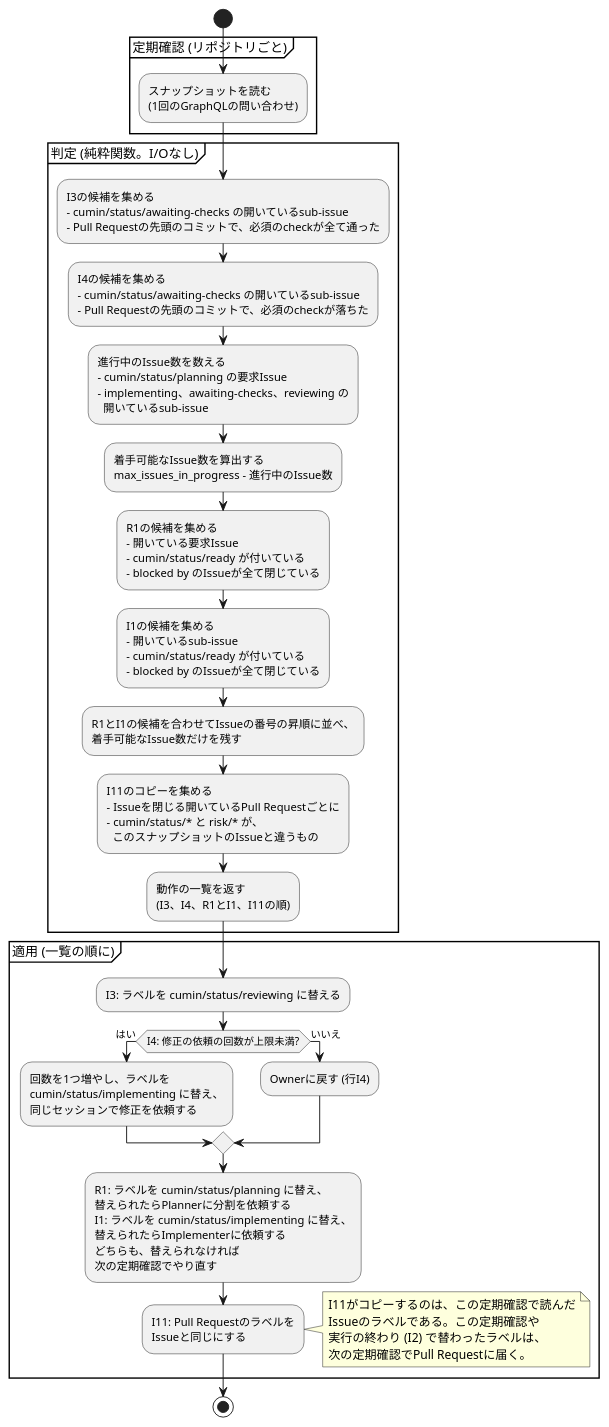
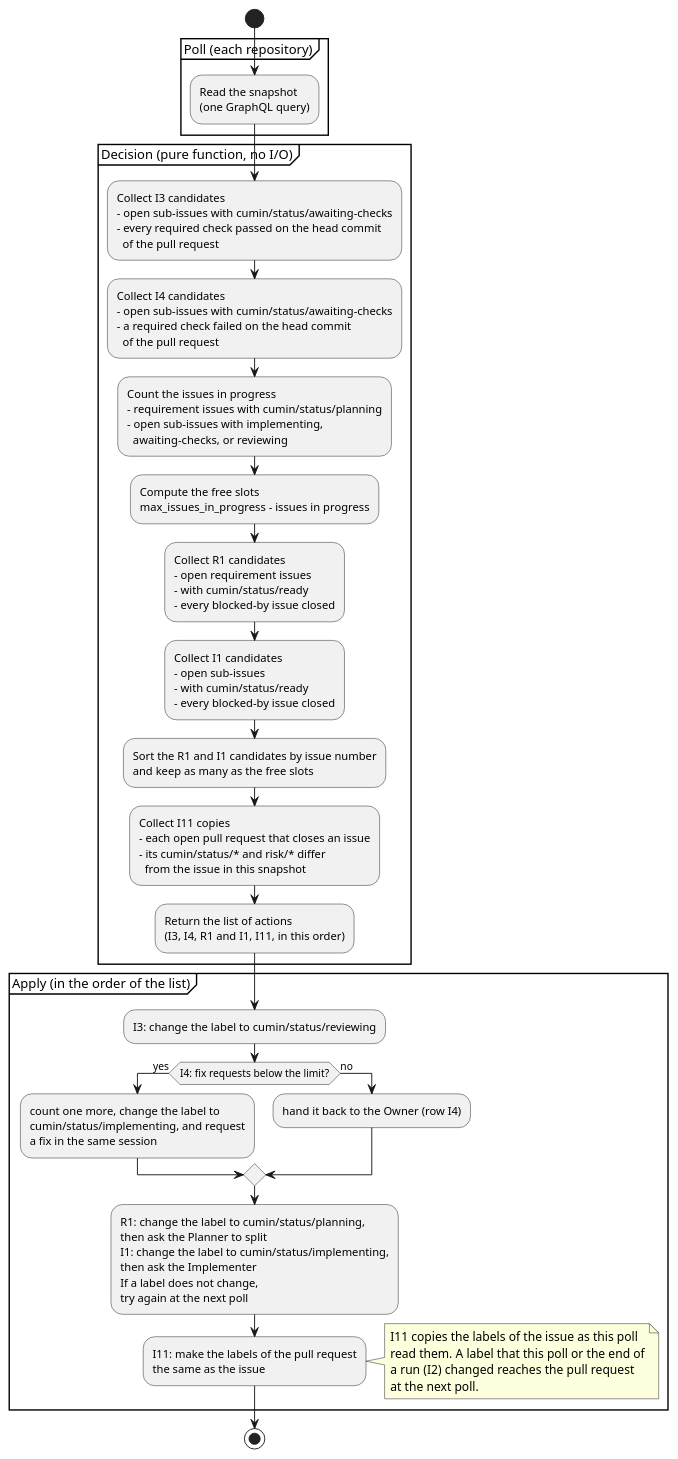
Before and after one commit to cloveclovedev/cumin-works: the diagram in docs/ja/designs/poll-decide.puml, drawn with PlantUML. The commit also changed 19 other files, not shown here.

First line of the commit message:
docs(diagrams): write the labels of every diagram in English and give each row its own arrow (#216)

```diff
--- a/docs/ja/designs/poll-decide.puml
+++ b/docs/ja/designs/poll-decide.puml
@@ -1,68 +1,70 @@
 @startuml poll-decide
-' cumin works - 定期確認の判定。スナップショットから動作の一覧を決める。
-' 行の番号 (I1 など) は issue-states.md の表に対応する。
-' SVGの書き出し: リポジトリの直下で scripts/render-diagrams.sh を実行する。
+' cumin works - the decision of a poll: from a snapshot to a list of actions.
+' The row numbers (I1 and so on) are the rows of issue-states.md.
+' Render: run scripts/render-diagrams.sh at the root of the repository.
 skinparam shadowing false
 skinparam defaultFontName sans-serif
 
 start
-partition "定期確認 (リポジトリごと)" {
-  :スナップショットを読む
-  (1回のGraphQLの問い合わせ);
+partition "Poll (each repository)" {
+  :Read the snapshot
+  (one GraphQL query);
 }
-partition "判定 (純粋関数。I/Oなし)" {
-  :I3の候補を集める
-  - cumin/status/awaiting-checks の開いているsub-issue
-  - Pull Requestの先頭のコミットで、必須のcheckが全て通った;
-  :I4の候補を集める
-  - cumin/status/awaiting-checks の開いているsub-issue
-  - Pull Requestの先頭のコミットで、必須のcheckが落ちた;
-  :進行中のIssue数を数える
-  - cumin/status/planning の要求Issue
-  - implementing、awaiting-checks、reviewing の
-    開いているsub-issue;
-  :着手可能なIssue数を算出する
-  max_issues_in_progress - 進行中のIssue数;
-  :R1の候補を集める
-  - 開いている要求Issue
-  - cumin/status/ready が付いている
-  - blocked by のIssueが全て閉じている;
-  :I1の候補を集める
-  - 開いているsub-issue
-  - cumin/status/ready が付いている
-  - blocked by のIssueが全て閉じている;
-  :R1とI1の候補を合わせてIssueの番号の昇順に並べ、
-  着手可能なIssue数だけを残す;
-  :I11のコピーを集める
-  - Issueを閉じる開いているPull Requestごとに
-  - cumin/status/* と risk/* が、
-    このスナップショットのIssueと違うもの;
-  :動作の一覧を返す
-  (I3、I4、R1とI1、I11の順);
+partition "Decision (pure function, no I/O)" {
+  :Collect I3 candidates
+  - open sub-issues with cumin/status/awaiting-checks
+  - every required check passed on the head commit
+    of the pull request;
+  :Collect I4 candidates
+  - open sub-issues with cumin/status/awaiting-checks
+  - a required check failed on the head commit
+    of the pull request;
+  :Count the issues in progress
+  - requirement issues with cumin/status/planning
+  - open sub-issues with implementing,
+    awaiting-checks, or reviewing;
+  :Compute the free slots
+  max_issues_in_progress - issues in progress;
+  :Collect R1 candidates
+  - open requirement issues
+  - with cumin/status/ready
+  - every blocked-by issue closed;
+  :Collect I1 candidates
+  - open sub-issues
+  - with cumin/status/ready
+  - every blocked-by issue closed;
+  :Sort the R1 and I1 candidates by issue number
+  and keep as many as the free slots;
+  :Collect I11 copies
+  - each open pull request that closes an issue
+  - its cumin/status/* and risk/* differ
+    from the issue in this snapshot;
+  :Return the list of actions
+  (I3, I4, R1 and I1, I11, in this order);
 }
-partition "適用 (一覧の順に)" {
-  :I3: ラベルを cumin/status/reviewing に替える;
-  if (I4: 修正の依頼の回数が上限未満?) then (はい)
-    :回数を1つ増やし、ラベルを
-    cumin/status/implementing に替え、
-    同じセッションで修正を依頼する;
-  else (いいえ)
-    :Ownerに戻す (行I4);
+partition "Apply (in the order of the list)" {
+  :I3: change the label to cumin/status/reviewing;
+  if (I4: fix requests below the limit?) then (yes)
+    :count one more, change the label to
+    cumin/status/implementing, and request
+    a fix in the same session;
+  else (no)
+    :hand it back to the Owner (row I4);
   endif
-  :R1: ラベルを cumin/status/planning に替え、
-  替えられたらPlannerに分割を依頼する
-  I1: ラベルを cumin/status/implementing に替え、
-  替えられたらImplementerに依頼する
-  どちらも、替えられなければ
-  次の定期確認でやり直す;
-  :I11: Pull Requestのラベルを
-  Issueと同じにする;
+  :R1: change the label to cumin/status/planning,
+  then ask the Planner to split
+  I1: change the label to cumin/status/implementing,
+  then ask the Implementer
+  If a label does not change,
+  try again at the next poll;
+  :I11: make the labels of the pull request
+  the same as the issue;
 }
 note right
-  I11がコピーするのは、この定期確認で読んだ
-  Issueのラベルである。この定期確認や
-  実行の終わり (I2) で替わったラベルは、
-  次の定期確認でPull Requestに届く。
+  I11 copies the labels of the issue as this poll
+  read them. A label that this poll or the end of
+  a run (I2) changed reaches the pull request
+  at the next poll.
 end note
 stop
 @enduml
```
